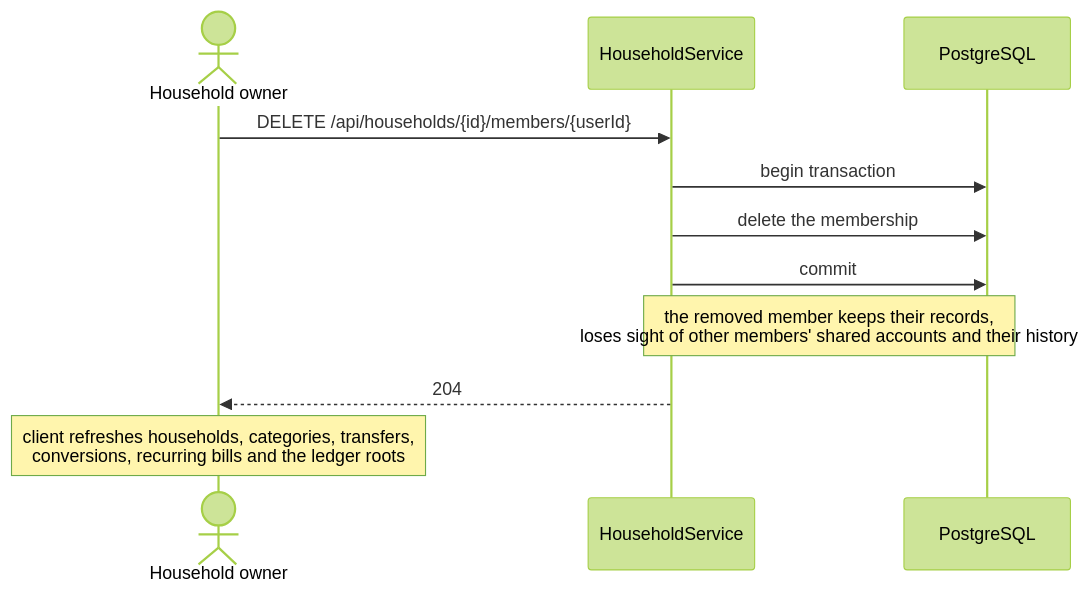
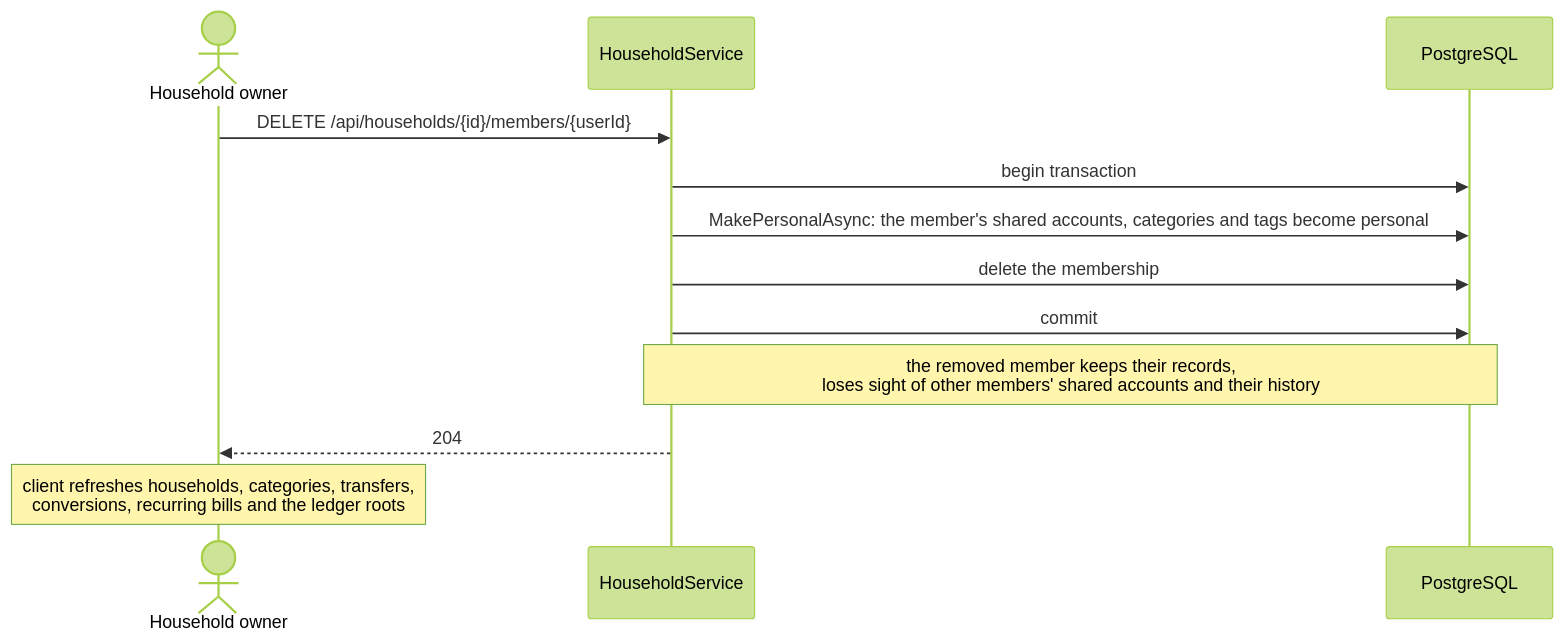
The third of 3 diagrams in docs/features/16. Households and sharing.md (Justxs/Jx-Finance), drawn with Mermaid (forest theme) before and after one commit. The commit also changed 156 other files, not shown here.

````diff
--- a/docs/features/16. Households and sharing.md
+++ b/docs/features/16. Households and sharing.md
@@ -56,13 +56,14 @@
 ```mermaid
 sequenceDiagram
     actor Owner as Household owner
     participant Api as HouseholdService
     participant Db as PostgreSQL
     Owner->>Api: DELETE /api/households/{id}/members/{userId}
     Api->>Db: begin transaction
+    Api->>Db: MakePersonalAsync: the member's shared accounts, categories and tags become personal
     Api->>Db: delete the membership
     Api->>Db: commit
     Note over Api,Db: the removed member keeps their records,<br/>loses sight of other members' shared accounts and their history
     Api-->>Owner: 204
     Note over Owner: client refreshes households, categories, transfers,<br/>conversions, recurring bills and the ledger roots
 ```
````
